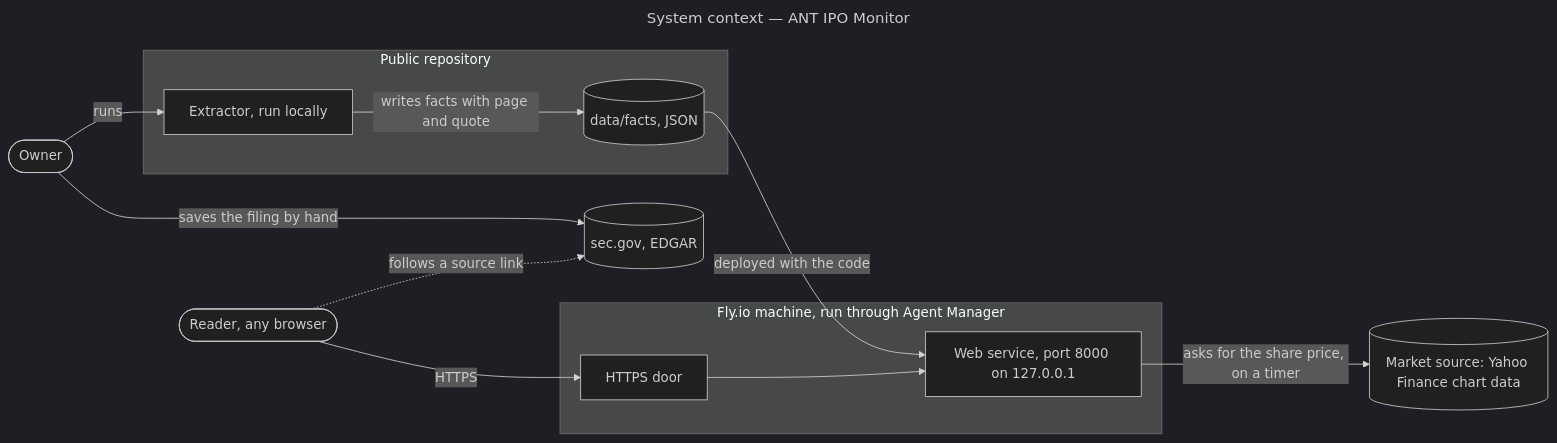
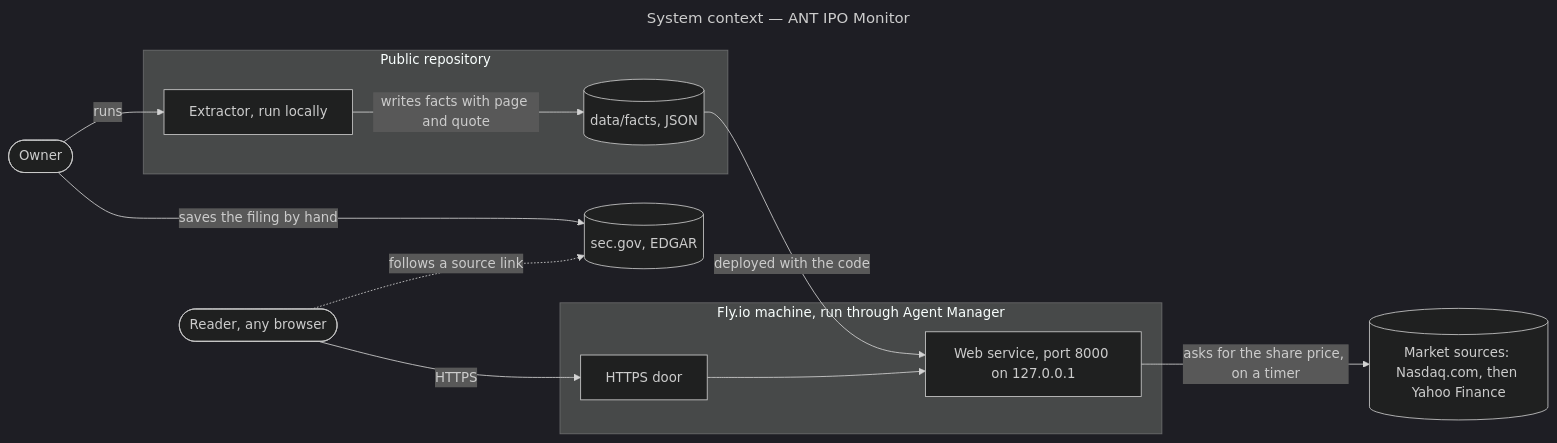
One commit to sonixz/monitor-anthropic-ipo changed the first of 3 diagrams in ARCHITECTURE.md. Above: the diagram before and after it, drawn with Mermaid (dark theme). The commit also changed other lines of this file and 13 other files, not shown here.

First line of the commit message:
fix(market): ask Nasdaq.com first, Yahoo Finance second

````diff
--- a/ARCHITECTURE.md
+++ b/ARCHITECTURE.md
@@ -7,25 +7,25 @@
 ```mermaid
 ---
 title: System context — ANT IPO Monitor
 ---
 flowchart LR
   reader(["Reader, any browser"])
   owner(["Owner"])
   sec[("sec.gov, EDGAR")]
-  quotes[("Market source: Yahoo Finance chart data")]
+  quotes[("Market sources: Nasdaq.com, then Yahoo Finance")]
   subgraph repo["Public repository"]
     extract["Extractor, run locally"]
     facts[("data/facts, JSON")]
   end
   subgraph machine["Fly.io machine, run through Agent Manager"]
     door["HTTPS door"]
     service["Web service, port 8000 on 127.0.0.1"]
   end
   owner -->|"saves the filing by hand"| sec
   owner -->|"runs"| extract
   extract -->|"writes facts with page and quote"| facts
   facts -->|"deployed with the code"| service
   reader -->|"HTTPS"| door --> service
   service -->|"asks for the share price, on a timer"| quotes
   reader -.->|"follows a source link"| sec
 ```
````
